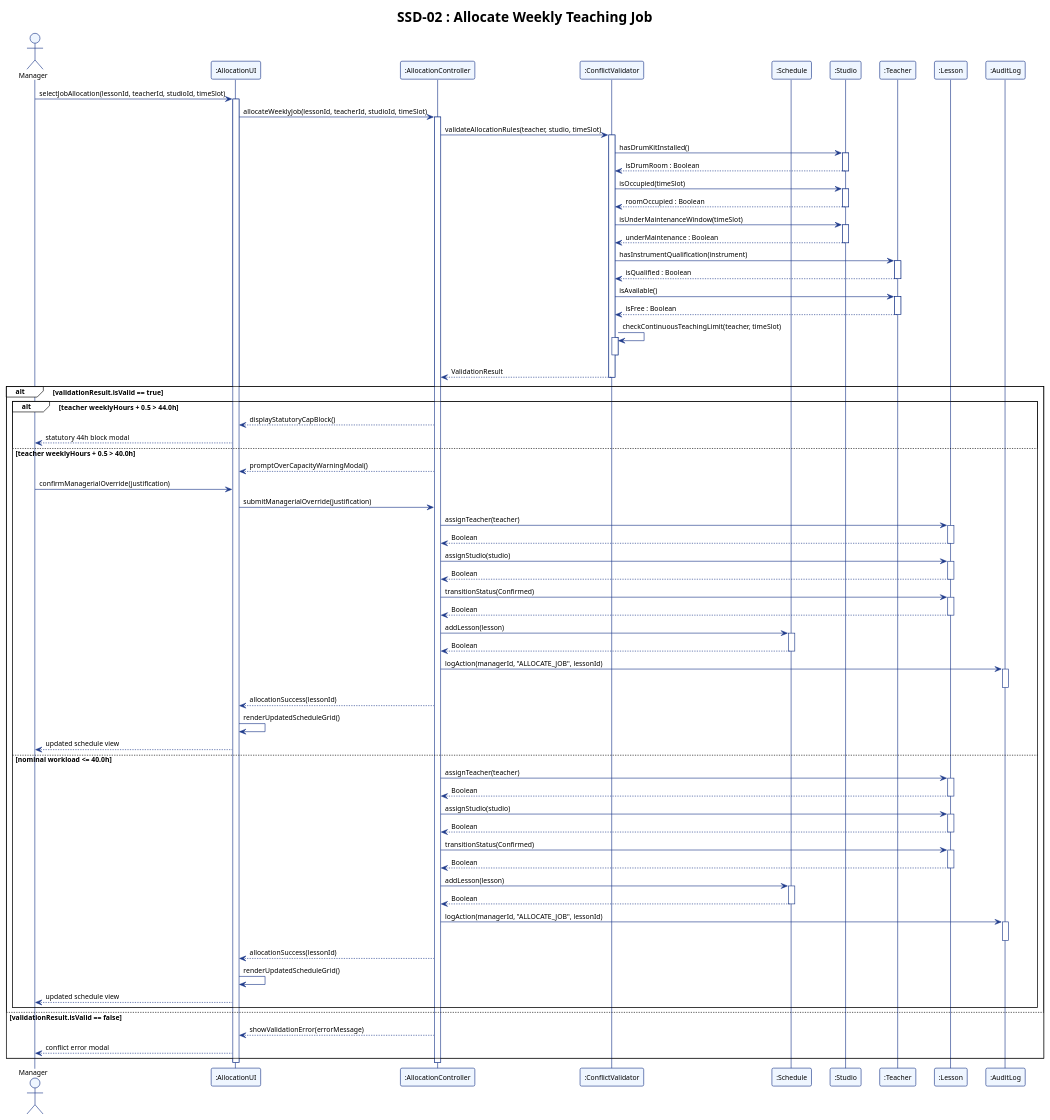
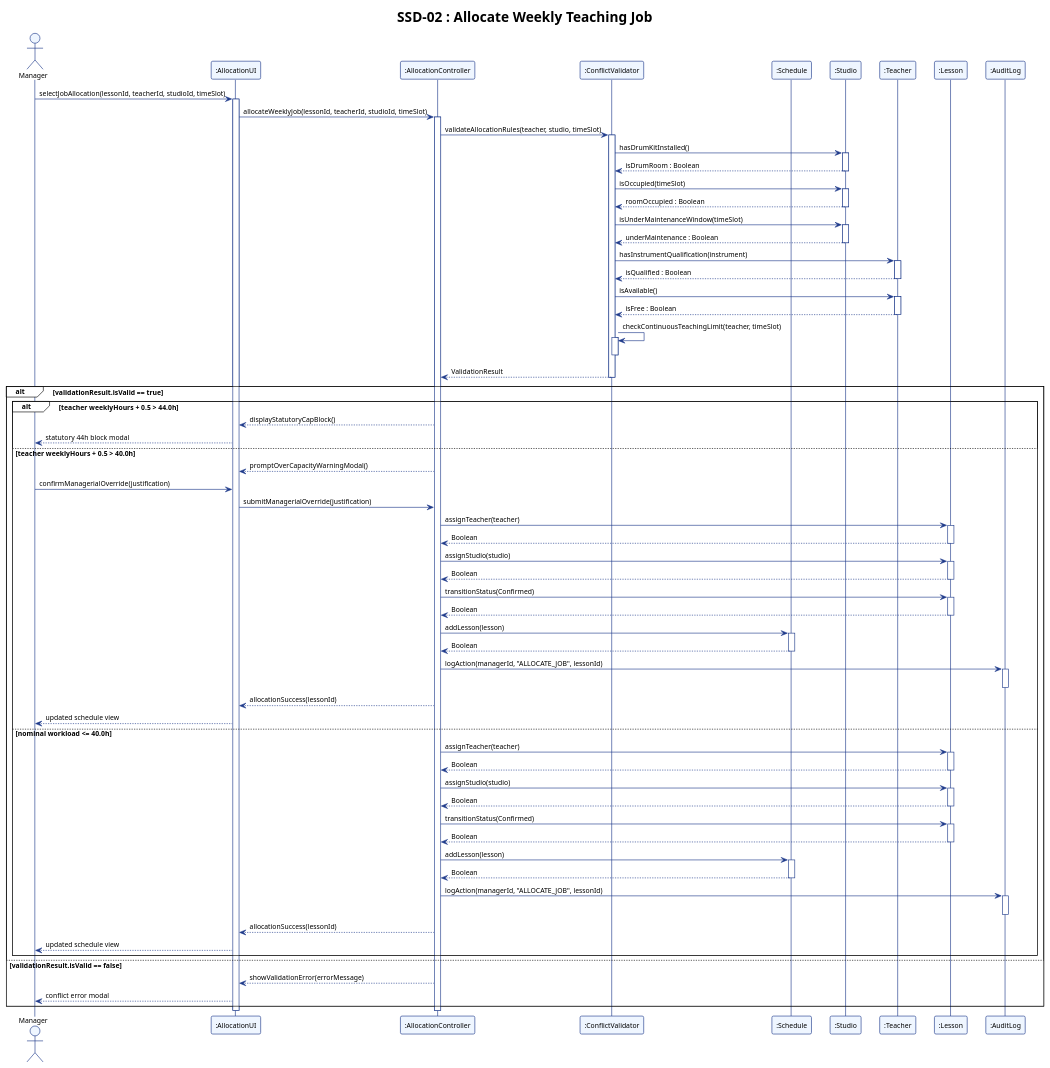
One commit to adoreblvnk/2001temp changed the diagram in report/assets/ssd_02.puml. Above: the diagram before and after it, drawn with PlantUML. The commit also changed 27 other files, not shown here.

First line of the commit message:
fix(report): streamline sequence diagrams, remove LaTeX, and reformat appendix

```diff
--- a/report/assets/ssd_02.puml
+++ b/report/assets/ssd_02.puml
@@ -1,122 +1,120 @@
 @startuml ssd_02
 !theme plain
 skinparam shadowing false
 skinparam defaultFontName "Helvetica", "Arial", sans-serif
 skinparam defaultFontSize 11
 skinparam sequence {
     ParticipantBorderColor #1E3A8A
     ParticipantBackgroundColor #EFF6FF
     LifeLineBorderColor #1E3A8A
     LifeLineBackgroundColor #FFFFFF
     ArrowColor #1E3A8A
     ActorBorderColor #1E3A8A
     ActorBackgroundColor #EFF6FF
 }
 
 title SSD-02 : Allocate Weekly Teaching Job
 
 actor "Manager" as M
 participant ":AllocationUI" as UI
 participant ":AllocationController" as AC
 participant ":ConflictValidator" as CV
 participant ":Schedule" as S
 participant ":Studio" as St
 participant ":Teacher" as T
 participant ":Lesson" as L
 participant ":AuditLog" as AL
 
 M -> UI : selectJobAllocation(lessonId, teacherId, studioId, timeSlot)
 activate UI
 UI -> AC : allocateWeeklyJob(lessonId, teacherId, studioId, timeSlot)
 activate AC
 
 AC -> CV : validateAllocationRules(teacher, studio, timeSlot)
 activate CV
 CV -> St : hasDrumKitInstalled()
 activate St
 St --> CV : isDrumRoom : Boolean
 deactivate St
 CV -> St : isOccupied(timeSlot)
 activate St
 St --> CV : roomOccupied : Boolean
 deactivate St
 CV -> St : isUnderMaintenanceWindow(timeSlot)
 activate St
 St --> CV : underMaintenance : Boolean
 deactivate St
 CV -> T : hasInstrumentQualification(instrument)
 activate T
 T --> CV : isQualified : Boolean
 deactivate T
 CV -> T : isAvailable()
 activate T
 T --> CV : isFree : Boolean
 deactivate T
 CV -> CV : checkContinuousTeachingLimit(teacher, timeSlot)
 activate CV
 deactivate CV
 CV --> AC : ValidationResult
 deactivate CV
 
 alt validationResult.isValid == true
     alt teacher weeklyHours + 0.5 > 44.0h
         AC --> UI : displayStatutoryCapBlock()
         UI --> M : statutory 44h block modal
     else teacher weeklyHours + 0.5 > 40.0h
         AC --> UI : promptOverCapacityWarningModal()
         M -> UI : confirmManagerialOverride(justification)
         UI -> AC : submitManagerialOverride(justification)
         AC -> L : assignTeacher(teacher)
         activate L
         L --> AC : Boolean
         deactivate L
         AC -> L : assignStudio(studio)
         activate L
         L --> AC : Boolean
         deactivate L
         AC -> L : transitionStatus(Confirmed)
         activate L
         L --> AC : Boolean
         deactivate L
         AC -> S : addLesson(lesson)
         activate S
         S --> AC : Boolean
         deactivate S
         AC -> AL : logAction(managerId, "ALLOCATE_JOB", lessonId)
         activate AL
         deactivate AL
         AC --> UI : allocationSuccess(lessonId)
-        UI -> UI : renderUpdatedScheduleGrid()
         UI --> M : updated schedule view
     else nominal workload <= 40.0h
         AC -> L : assignTeacher(teacher)
         activate L
         L --> AC : Boolean
         deactivate L
         AC -> L : assignStudio(studio)
         activate L
         L --> AC : Boolean
         deactivate L
         AC -> L : transitionStatus(Confirmed)
         activate L
         L --> AC : Boolean
         deactivate L
         AC -> S : addLesson(lesson)
         activate S
         S --> AC : Boolean
         deactivate S
         AC -> AL : logAction(managerId, "ALLOCATE_JOB", lessonId)
         activate AL
         deactivate AL
         AC --> UI : allocationSuccess(lessonId)
-        UI -> UI : renderUpdatedScheduleGrid()
         UI --> M : updated schedule view
     end
 else validationResult.isValid == false
     AC --> UI : showValidationError(errorMessage)
     UI --> M : conflict error modal
 end
 
 deactivate AC
 deactivate UI
 @enduml
```
